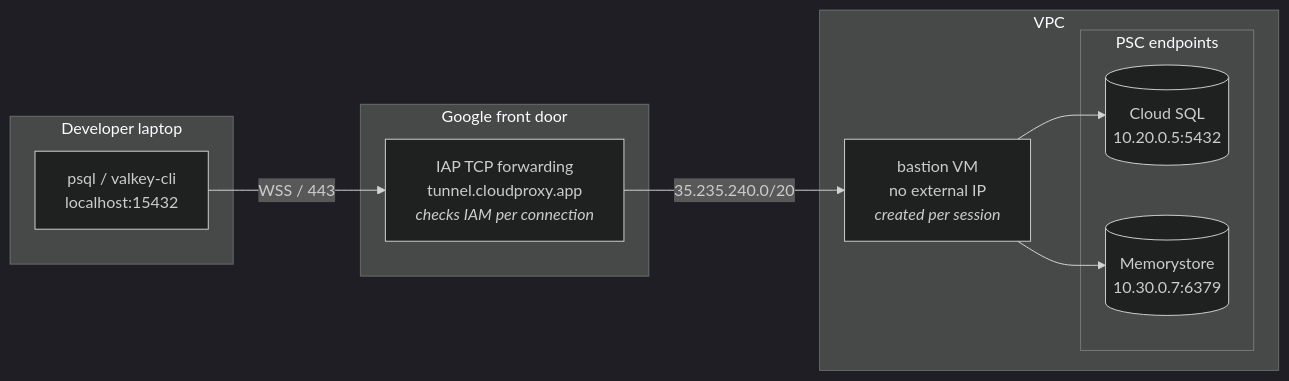
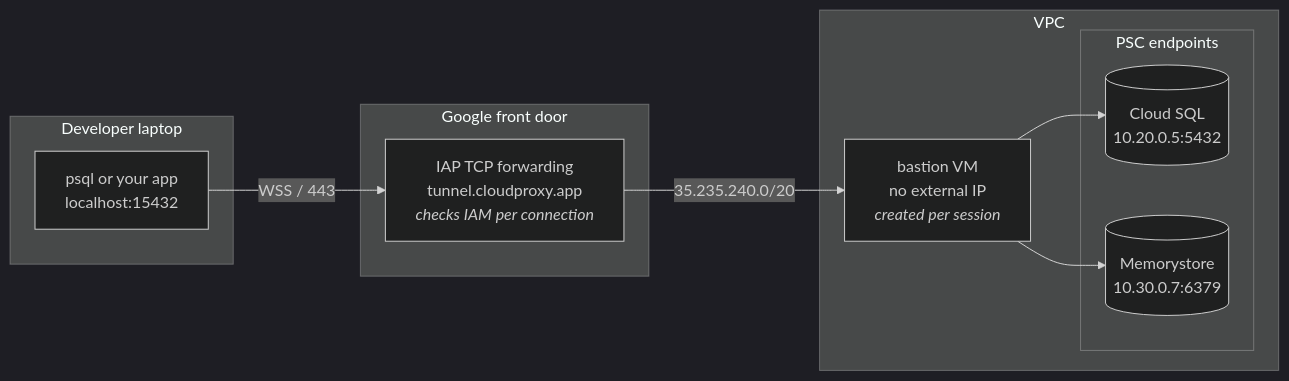
One commit to pilef-co/bqto changed the first of 2 diagrams in docs/usage.md. Above: the diagram before and after it, drawn with Mermaid (dark theme). The commit also changed 1 other file, not shown here.

Commit message:
docs: the diagram names the ports and the IAP range, and the steps include the firewall check

````diff
--- a/docs/usage.md
+++ b/docs/usage.md
@@ -10,23 +10,23 @@
 ```mermaid
 flowchart LR
     subgraph laptop["Developer laptop"]
-        client["psql / valkey-cli<br/>localhost:15432"]
+        client["psql or your app<br/>localhost:15432"]
     end
 
     subgraph google["Google front door"]
         iap["IAP TCP forwarding<br/>tunnel.cloudproxy.app<br/><i>checks IAM per connection</i>"]
     end
 
     subgraph vpc["VPC"]
         bastion["bastion VM<br/>no external IP<br/><i>created per session</i>"]
         subgraph psc["PSC endpoints"]
             sql[("Cloud SQL<br/>10.20.0.5:5432")]
             cache[("Memorystore<br/>10.30.0.7:6379")]
         end
     end
 
     client -->|"WSS / 443"| iap
     iap -->|"35.235.240.0/20"| bastion
     bastion --> sql
     bastion --> cache
 ```
````
